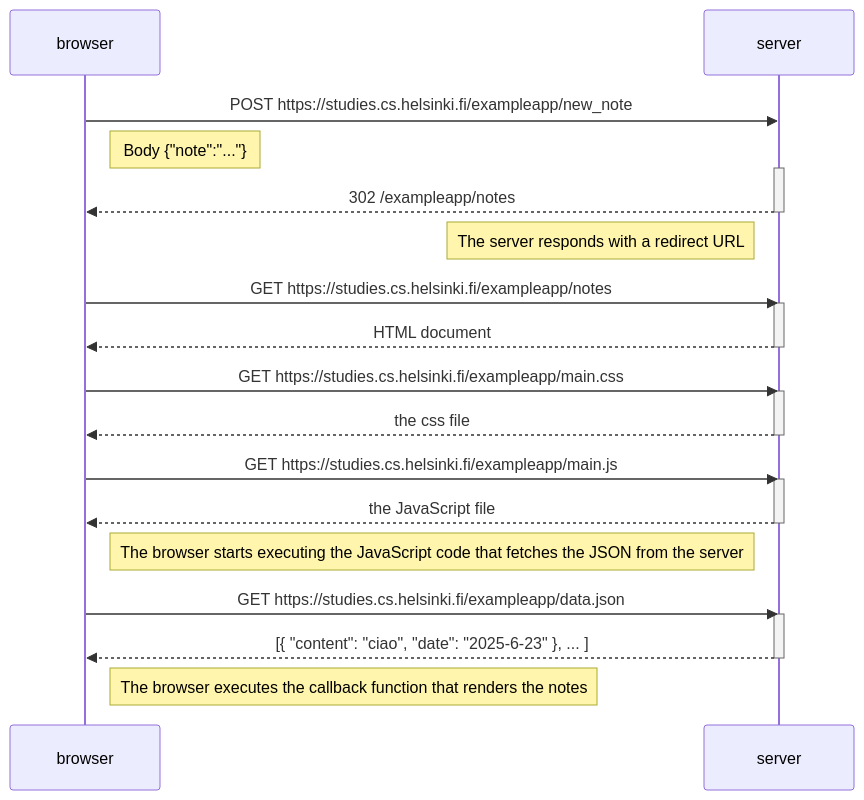
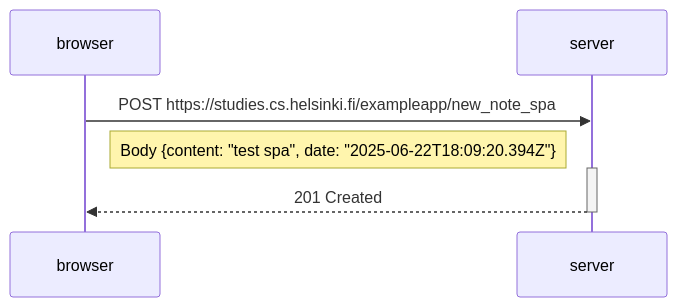
Before and after one commit to RedericoFocco/FullStackOpenCourse: the diagram in Part0/0.6.md, drawn with Mermaid.

````diff
--- a/Part0/0.6.md
+++ b/Part0/0.6.md
@@ -1,27 +1,8 @@
 ```mermaid
 sequenceDiagram
-    browser->>server: POST https://studies.cs.helsinki.fi/exampleapp/new_note
-    Note right of browser: Body {"note":"..."}
+    browser->>server: POST https://studies.cs.helsinki.fi/exampleapp/new_note_spa
+    Note right of browser: Body {content: "test spa", date: "2025-06-22T18:09:20.394Z"}
     activate server
-    server-->>browser: 302 /exampleapp/notes
+    server-->>browser: 201 Created
     deactivate server
-    Note left of server: The server responds with a redirect URL
-     browser->>server: GET https://studies.cs.helsinki.fi/exampleapp/notes
-    activate server
-    server-->>browser: HTML document
-    deactivate server
-    browser->>server: GET https://studies.cs.helsinki.fi/exampleapp/main.css
-    activate server
-    server-->>browser: the css file
-    deactivate server
-    browser->>server: GET https://studies.cs.helsinki.fi/exampleapp/main.js
-    activate server
-    server-->>browser: the JavaScript file
-    deactivate server
-    Note right of browser: The browser starts executing the JavaScript code that fetches the JSON from the server
-    browser->>server: GET https://studies.cs.helsinki.fi/exampleapp/data.json
-    activate server
-    server-->>browser: [{ "content": "ciao", "date": "2025-6-23" }, ... ]
-    deactivate server
-    Note right of browser: The browser executes the callback function that renders the notes
 ```
````
